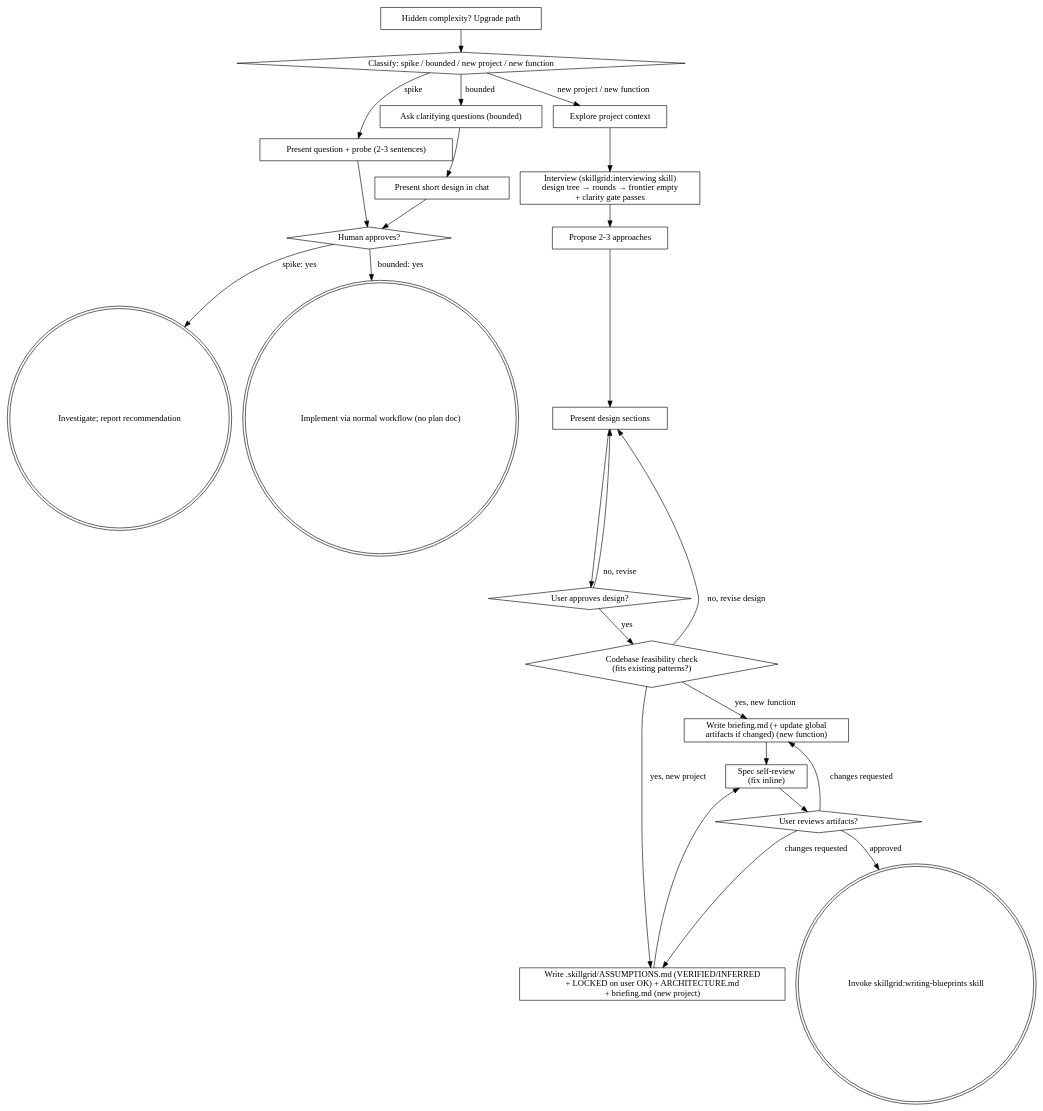
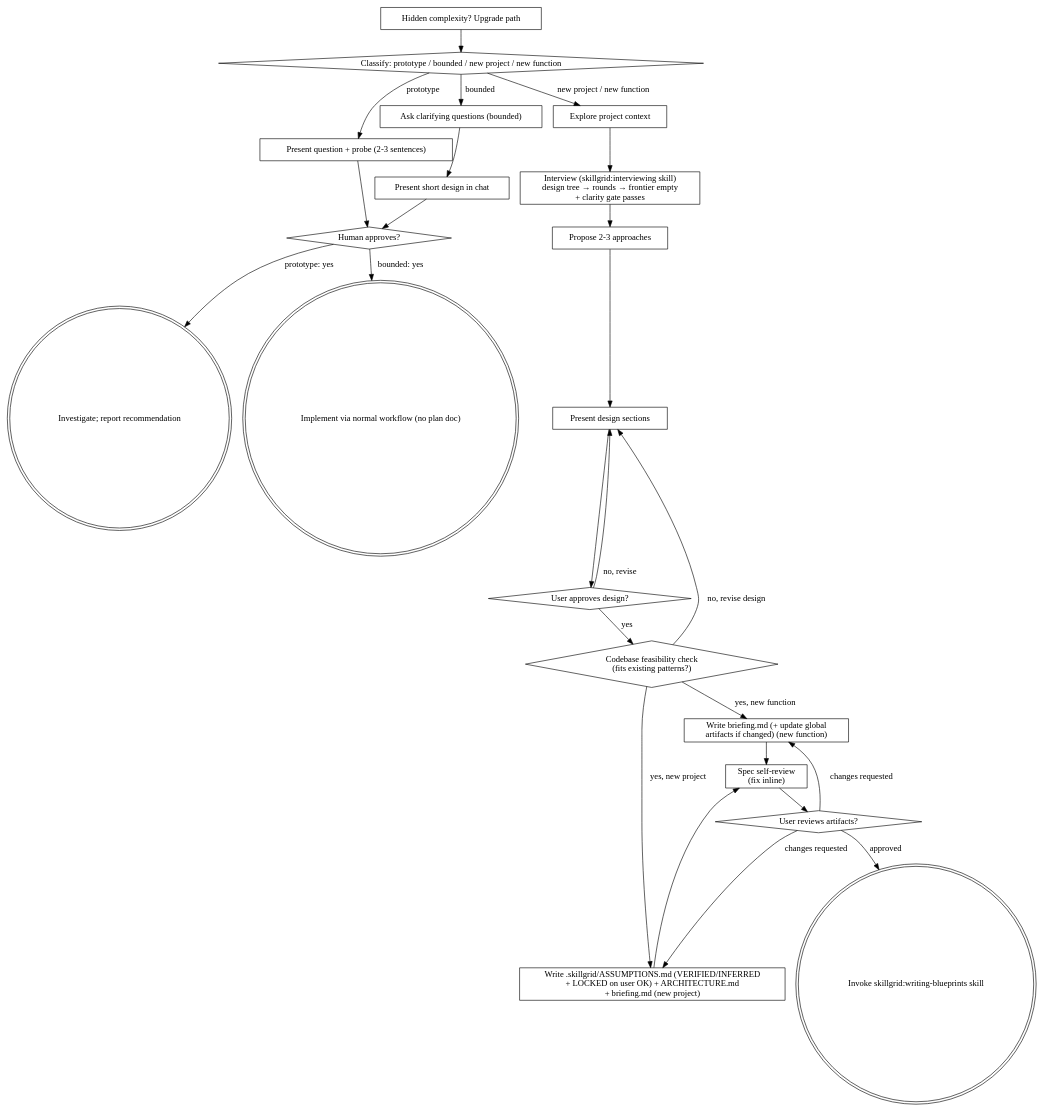
One commit to devopstales/skillgrid changed the diagram in .agents/skills/planning/brainstorming/references/paths.md. Above: the diagram before and after it, drawn with Graphviz. The commit also changed other lines of this file and 154 other files, not shown here.

First line of the commit message:
chore(repo): rename spike to prototype and prune retired surfaces

````diff
--- a/.agents/skills/planning/brainstorming/references/paths.md
+++ b/.agents/skills/planning/brainstorming/references/paths.md
@@ -57,48 +57,48 @@
 ```dot
 digraph brainstorming {
-    "Classify: spike / bounded / new project / new function" [shape=diamond];
+    "Classify: prototype / bounded / new project / new function" [shape=diamond];
     "Present question + probe (2-3 sentences)" [shape=box];
     "Ask clarifying questions (bounded)" [shape=box];
     "Present short design in chat" [shape=box];
     "Human approves?" [shape=diamond];
     "Investigate; report recommendation" [shape=doublecircle];
     "Implement via normal workflow (no plan doc)" [shape=doublecircle];
     "Explore project context" [shape=box];
     "Interview (skillgrid:interviewing skill)\ndesign tree → rounds → frontier empty\n+ clarity gate passes" [shape=box];
     "Propose 2-3 approaches" [shape=box];
     "Present design sections" [shape=box];
     "User approves design?" [shape=diamond];
     "Codebase feasibility check\n(fits existing patterns?)" [shape=diamond];
     "Write .skillgrid/ASSUMPTIONS.md (VERIFIED/INFERRED\n+ LOCKED on user OK) + ARCHITECTURE.md\n+ briefing.md (new project)" [shape=box];
     "Write briefing.md (+ update global\nartifacts if changed) (new function)" [shape=box];
     "Spec self-review\n(fix inline)" [shape=box];
     "User reviews artifacts?" [shape=diamond];
     "Invoke skillgrid:writing-blueprints skill" [shape=doublecircle];
     "Hidden complexity? Upgrade path" [shape=box];
 
-    "Classify: spike / bounded / new project / new function" -> "Present question + probe (2-3 sentences)" [label="spike"];
-    "Classify: spike / bounded / new project / new function" -> "Ask clarifying questions (bounded)" [label="bounded"];
-    "Classify: spike / bounded / new project / new function" -> "Explore project context" [label="new project / new function"];
+    "Classify: prototype / bounded / new project / new function" -> "Present question + probe (2-3 sentences)" [label="prototype"];
+    "Classify: prototype / bounded / new project / new function" -> "Ask clarifying questions (bounded)" [label="bounded"];
+    "Classify: prototype / bounded / new project / new function" -> "Explore project context" [label="new project / new function"];
     "Present question + probe (2-3 sentences)" -> "Human approves?";
     "Ask clarifying questions (bounded)" -> "Present short design in chat";
     "Present short design in chat" -> "Human approves?";
-    "Human approves?" -> "Investigate; report recommendation" [label="spike: yes"];
+    "Human approves?" -> "Investigate; report recommendation" [label="prototype: yes"];
     "Human approves?" -> "Implement via normal workflow (no plan doc)" [label="bounded: yes"];
-    "Hidden complexity? Upgrade path" -> "Classify: spike / bounded / new project / new function";
+    "Hidden complexity? Upgrade path" -> "Classify: prototype / bounded / new project / new function";
     "Explore project context" -> "Interview (skillgrid:interviewing skill)\ndesign tree → rounds → frontier empty\n+ clarity gate passes";
     "Interview (skillgrid:interviewing skill)\ndesign tree → rounds → frontier empty\n+ clarity gate passes" -> "Propose 2-3 approaches";
     "Propose 2-3 approaches" -> "Present design sections";
     "Present design sections" -> "User approves design?";
     "User approves design?" -> "Present design sections" [label="no, revise"];
     "User approves design?" -> "Codebase feasibility check\n(fits existing patterns?)" [label="yes"];
     "Codebase feasibility check\n(fits existing patterns?)" -> "Present design sections" [label="no, revise design"];
     "Codebase feasibility check\n(fits existing patterns?)" -> "Write .skillgrid/ASSUMPTIONS.md (VERIFIED/INFERRED\n+ LOCKED on user OK) + ARCHITECTURE.md\n+ briefing.md (new project)" [label="yes, new project"];
     "Codebase feasibility check\n(fits existing patterns?)" -> "Write briefing.md (+ update global\nartifacts if changed) (new function)" [label="yes, new function"];
     "Write .skillgrid/ASSUMPTIONS.md (VERIFIED/INFERRED\n+ LOCKED on user OK) + ARCHITECTURE.md\n+ briefing.md (new project)" -> "Spec self-review\n(fix inline)";
     "Write briefing.md (+ update global\nartifacts if changed) (new function)" -> "Spec self-review\n(fix inline)";
     "Spec self-review\n(fix inline)" -> "User reviews artifacts?";
     "User reviews artifacts?" -> "Write .skillgrid/ASSUMPTIONS.md (VERIFIED/INFERRED\n+ LOCKED on user OK) + ARCHITECTURE.md\n+ briefing.md (new project)" [label="changes requested"];
     "User reviews artifacts?" -> "Write briefing.md (+ update global\nartifacts if changed) (new function)" [label="changes requested"];
     "User reviews artifacts?" -> "Invoke skillgrid:writing-blueprints skill" [label="approved"];
 }
 ```
````
